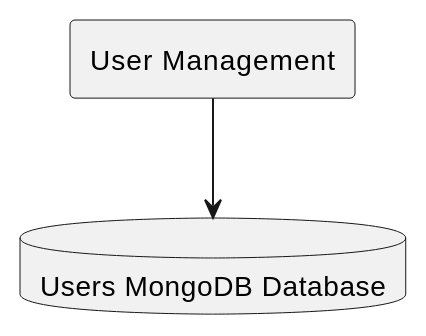
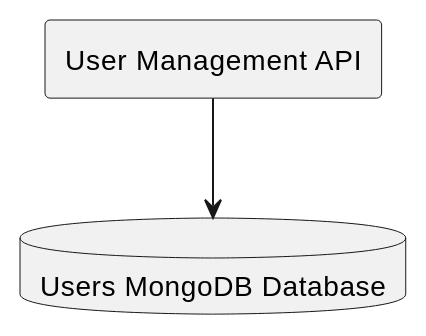
Before and after one commit to UO289930/wiq_en3a: the third of 5 diagrams in docs/src/05_building_block_view.adoc, drawn with PlantUML. The commit also changed other lines of this file and 1 other file, not shown here.

```diff
--- a/docs/src/05_building_block_view.adoc
+++ b/docs/src/05_building_block_view.adoc
@@ -313,15 +246,15 @@
 [plantuml, format="png"]
 ----
 @startuml
 ' Define custom style for components
 skinparam componentStyle uml2
 
 ' Define components as rectangles without default stereotypes
-rectangle "User Management" as UserManagement
+rectangle "User Management API" as UserManagement
 database "Users MongoDB Database" as MongoDB
 
 ' Define connections
 UserManagement --> MongoDB
 
 @enduml
 ----
```
